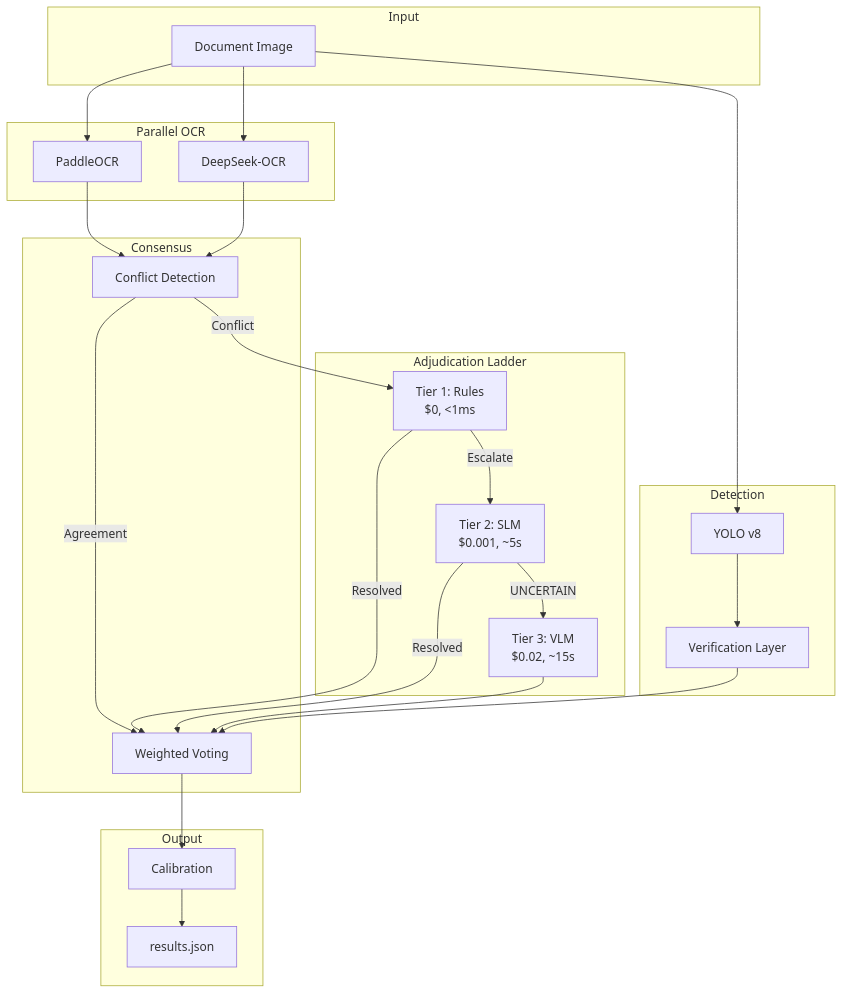
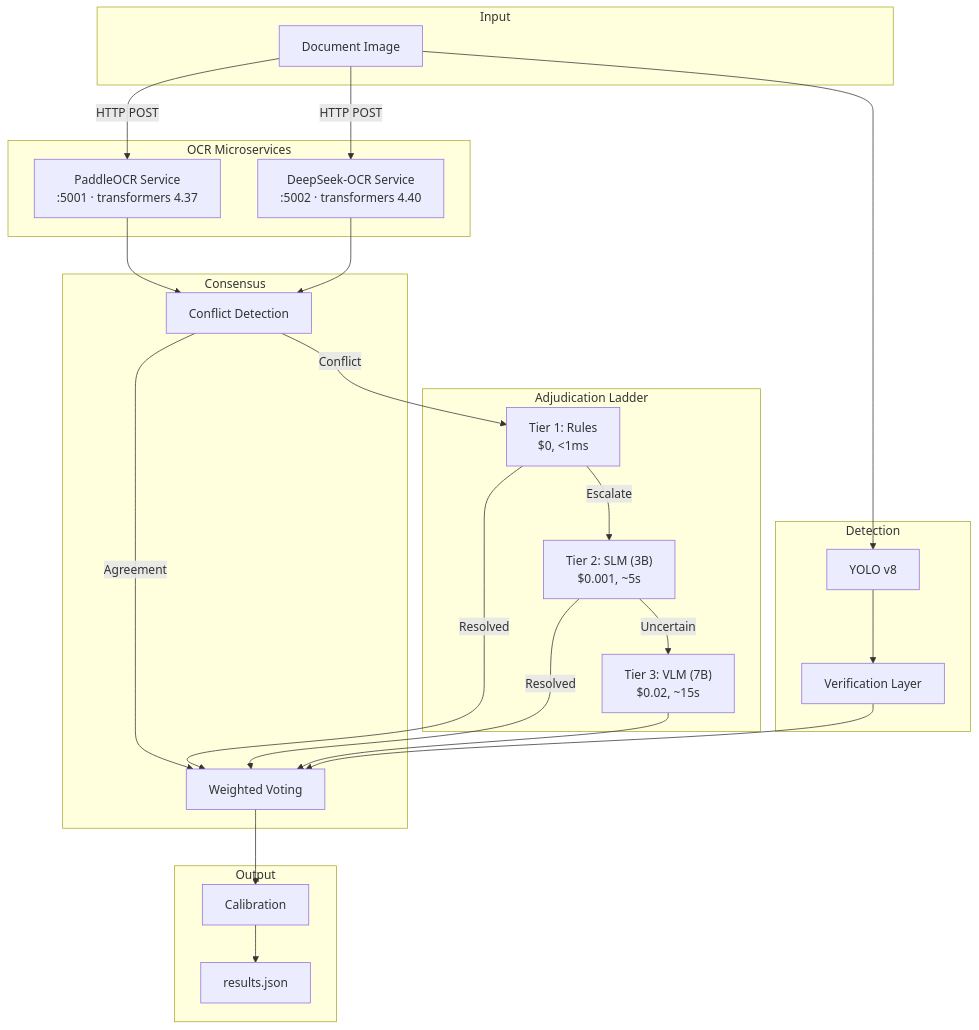
One commit to shubhsaxena42/doc-ocr changed the diagram in README.md. Above: the diagram before and after it, drawn with Mermaid. The commit also changed other lines of this file and 13 other files, not shown here.

````diff
--- a/README.md
+++ b/README.md
@@ -16,45 +57,45 @@
 ```mermaid
 flowchart TB
     subgraph Input
         IMG[Document Image]
     end
     
-    subgraph "Parallel OCR"
-        PADDLE[PaddleOCR]
-        DEEP[DeepSeek-OCR]
+    subgraph "OCR Microservices"
+        PADDLE["PaddleOCR Service<br/>:5001 · transformers 4.37"]
+        DEEP["DeepSeek-OCR Service<br/>:5002 · transformers 4.40"]
     end
     
     subgraph "Detection"
         YOLO[YOLO v8]
         VERIFY[Verification Layer]
     end
     
     subgraph "Consensus"
         CONFLICT[Conflict Detection]
         VOTE[Weighted Voting]
     end
     
     subgraph "Adjudication Ladder"
         T1["Tier 1: Rules<br/>$0, <1ms"]
-        T2["Tier 2: SLM<br/>$0.001, ~5s"]
-        T3["Tier 3: VLM<br/>$0.02, ~15s"]
+        T2["Tier 2: SLM (3B)<br/>$0.001, ~5s"]
+        T3["Tier 3: VLM (7B)<br/>$0.02, ~15s"]
     end
     
     subgraph "Output"
         CALIB[Calibration]
         JSON[results.json]
     end
     
-    IMG --> PADDLE & DEEP
+    IMG -->|HTTP POST| PADDLE & DEEP
     IMG --> YOLO --> VERIFY
     PADDLE & DEEP --> CONFLICT
     CONFLICT -->|Agreement| VOTE
     CONFLICT -->|Conflict| T1
     T1 -->|Resolved| VOTE
     T1 -->|Escalate| T2
     T2 -->|Resolved| VOTE
-    T2 -->|UNCERTAIN| T3
+    T2 -->|Uncertain| T3
     T3 --> VOTE
     VERIFY --> VOTE
     VOTE --> CALIB --> JSON
 ```
````
